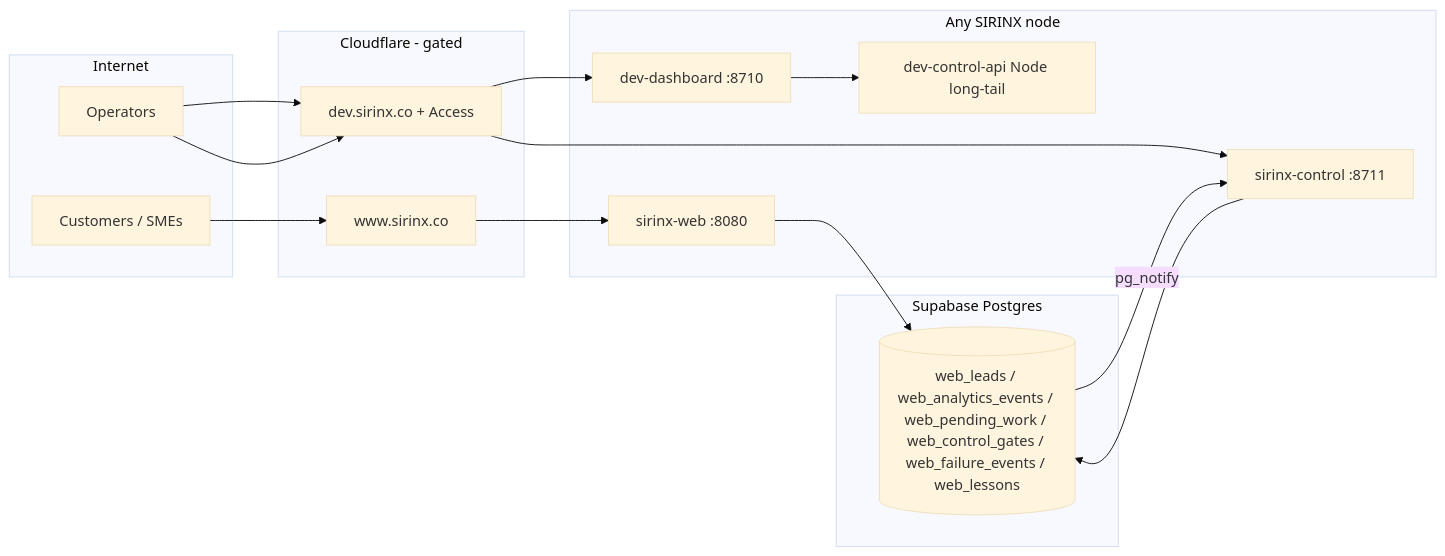
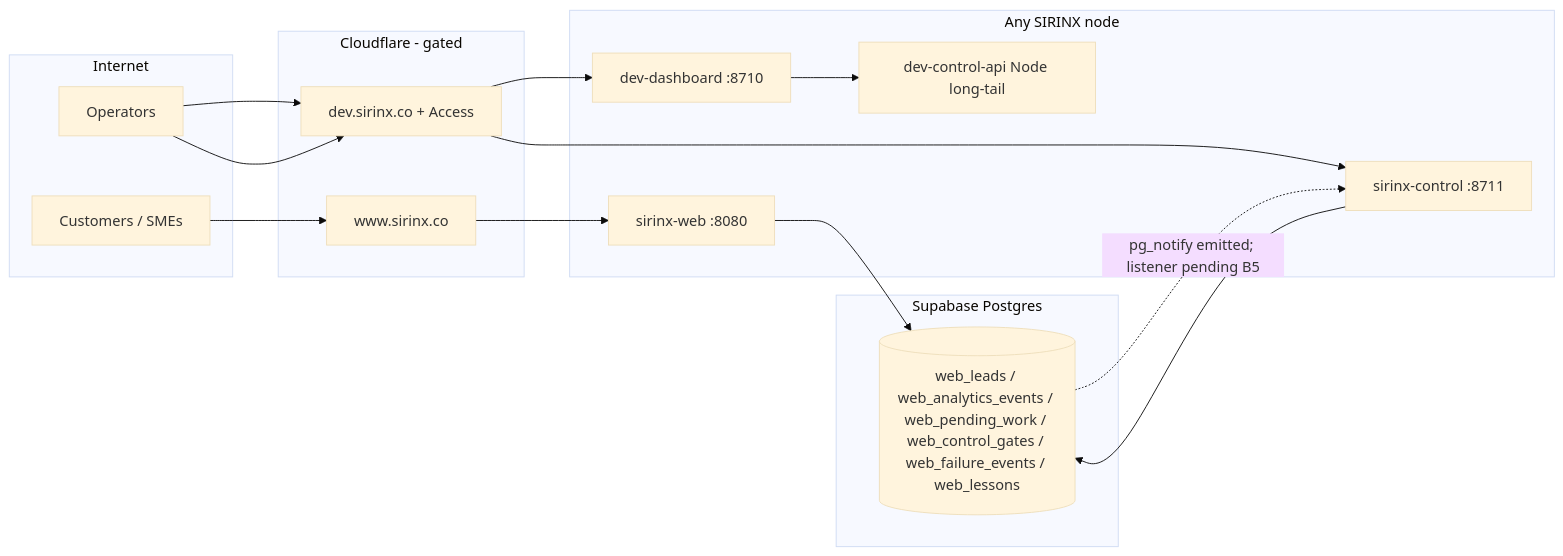
One commit to ton36475-lgtm/sirinx-co changed the first of 4 diagrams in SYSTEM_ARCHITECTURE.md. Above: the diagram before and after it, drawn with Mermaid (base theme). The commit also changed other lines of this file and 3 other files, not shown here.

Commit message:
docs: align architecture authority with verified state

````diff
--- a/SYSTEM_ARCHITECTURE.md
+++ b/SYSTEM_ARCHITECTURE.md
@@ -7,27 +7,27 @@
 ```mermaid
 flowchart LR
     subgraph Internet
         C[Customers / SMEs]
         O[Operators]
     end
     subgraph Edge [Cloudflare - gated]
         CF[www.sirinx.co]
         CFA[dev.sirinx.co + Access]
     end
     subgraph Node [Any SIRINX node]
         W[sirinx-web :8080]
         K[sirinx-control :8711]
         D[dev-dashboard :8710]
         N[dev-control-api Node long-tail]
     end
     subgraph Data [Supabase Postgres]
         DB[(web_leads / web_analytics_events / web_pending_work / web_control_gates / web_failure_events / web_lessons)]
     end
     C --> CF --> W
     O --> CFA --> K
     O --> CFA --> D
     W --> DB
     K --> DB
     D --> N
-    DB -- pg_notify --> K
+    DB -. pg_notify emitted; listener pending B5 .-> K
 ```
````
